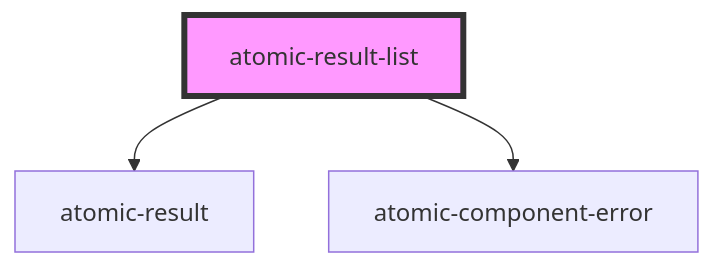
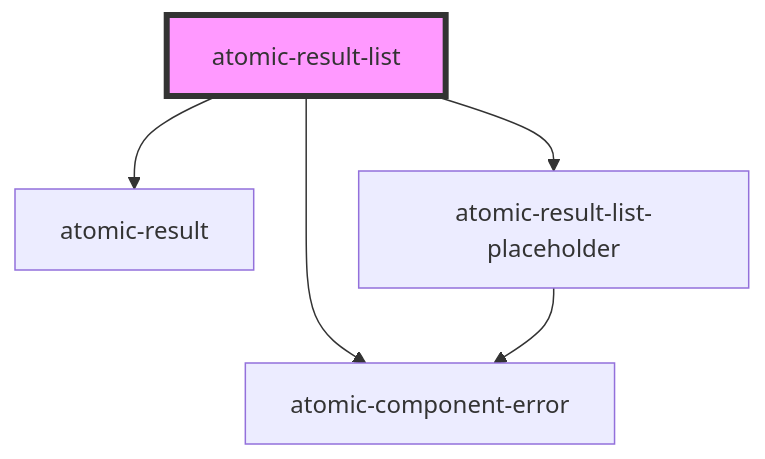
The diagram in packages/atomic/src/components/atomic-result-list/readme.md (coveo/ui-kit), drawn with Mermaid before and after one commit. The commit also changed other lines of this file and 13 other files, not shown here.

First line of the commit message:
feat(atomic): add atomic-result-placeholder and style default html (#545)

````diff
--- a/packages/atomic/src/components/atomic-result-list/readme.md
+++ b/packages/atomic/src/components/atomic-result-list/readme.md
@@ -31,6 +24,8 @@
 ```mermaid
 graph TD;
   atomic-result-list --> atomic-result
+  atomic-result-list --> atomic-result-list-placeholder
   atomic-result-list --> atomic-component-error
+  atomic-result-list-placeholder --> atomic-component-error
   style atomic-result-list fill:#f9f,stroke:#333,stroke-width:4px
 ```
````
